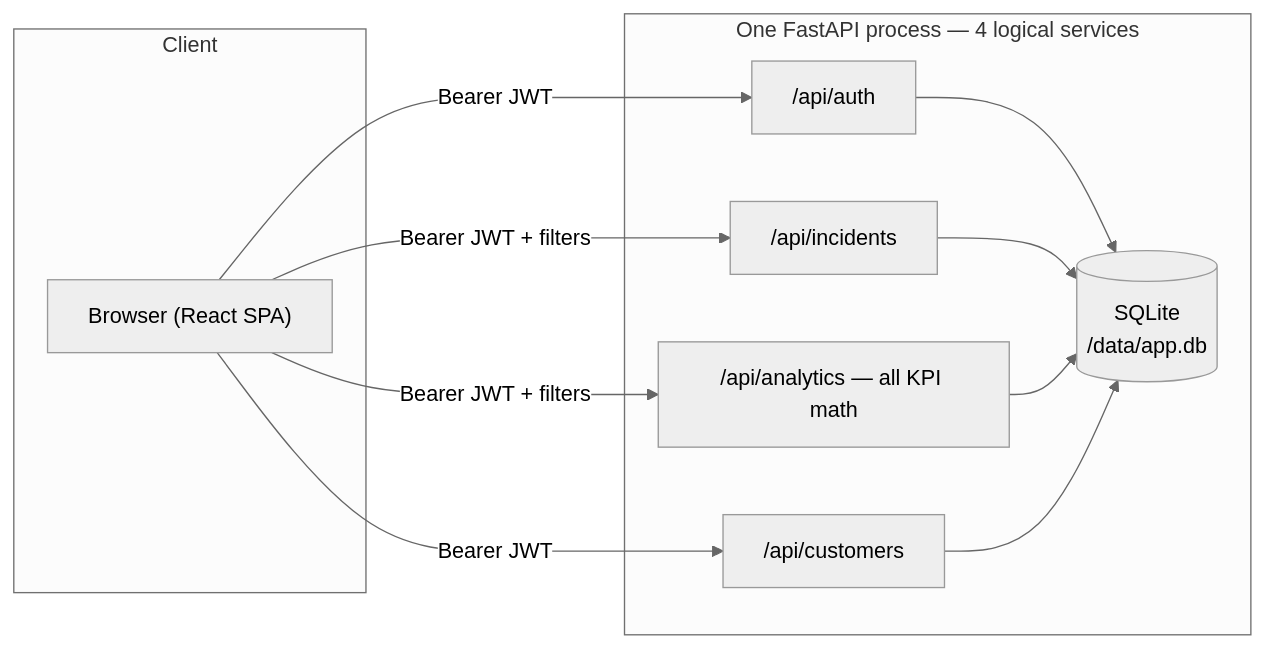
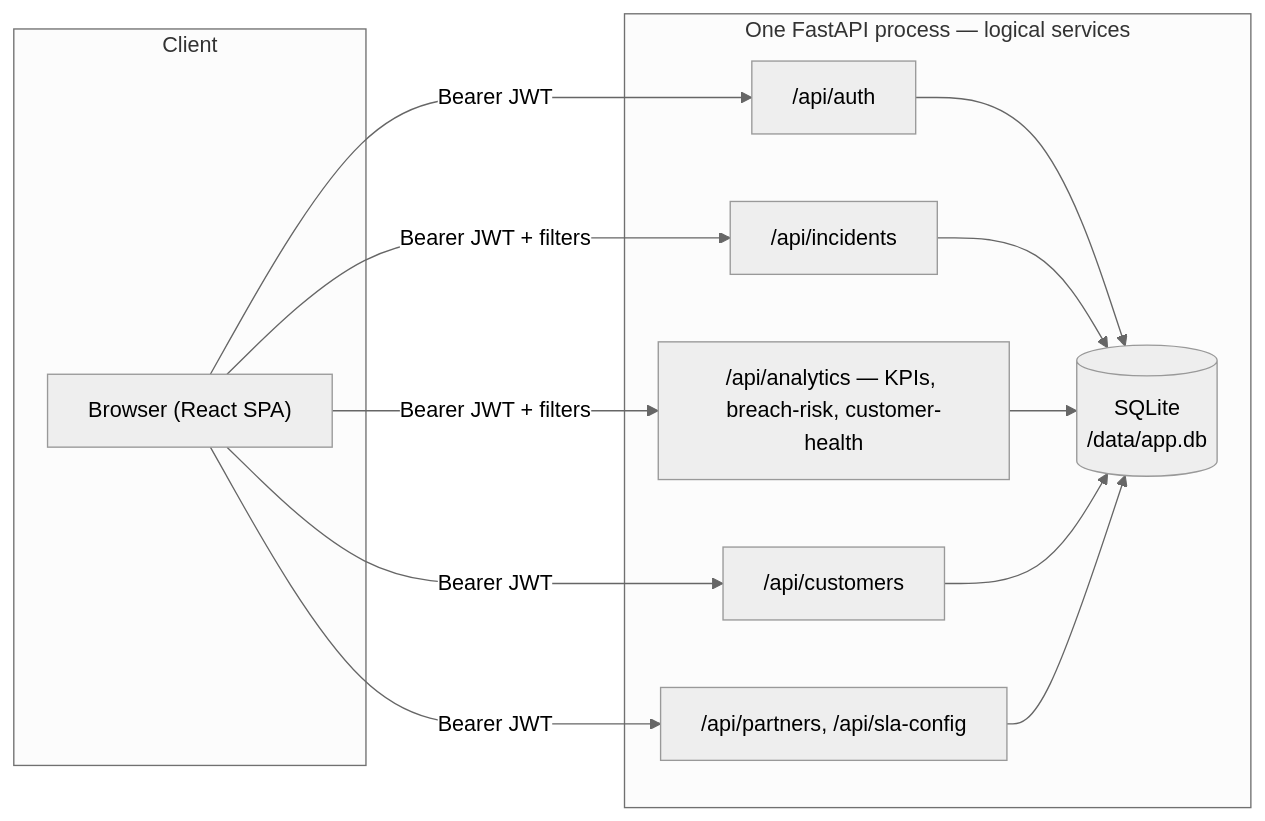
One commit to VaibhavNarule-AI/demo-hacathon changed the diagram in README.md. Above: the diagram before and after it, drawn with Mermaid (neutral theme). The commit also changed other lines of this file and 51 other files, not shown here.

Commit message:
feat: PulseSOC v2 - breach predictor, health score, command center, blinking SLA alerts, partner registration

````diff
--- a/README.md
+++ b/README.md
@@ -15,21 +34,24 @@
 ```mermaid
 flowchart LR
     subgraph Client
         Browser["Browser (React SPA)"]
     end
-    subgraph App["One FastAPI process — 4 logical services"]
+    subgraph App["One FastAPI process — logical services"]
         AUTH["/api/auth"]
         INC["/api/incidents"]
-        ANA["/api/analytics — all KPI math"]
+        ANA["/api/analytics — KPIs, breach-risk, customer-health"]
         CUST["/api/customers"]
+        PART["/api/partners, /api/sla-config"]
         DB[("SQLite\n/data/app.db")]
     end
     Browser -- "Bearer JWT" --> AUTH
     Browser -- "Bearer JWT + filters" --> INC
     Browser -- "Bearer JWT + filters" --> ANA
     Browser -- "Bearer JWT" --> CUST
+    Browser -- "Bearer JWT" --> PART
     AUTH --> DB
     INC --> DB
     ANA --> DB
     CUST --> DB
+    PART --> DB
 ```
````
